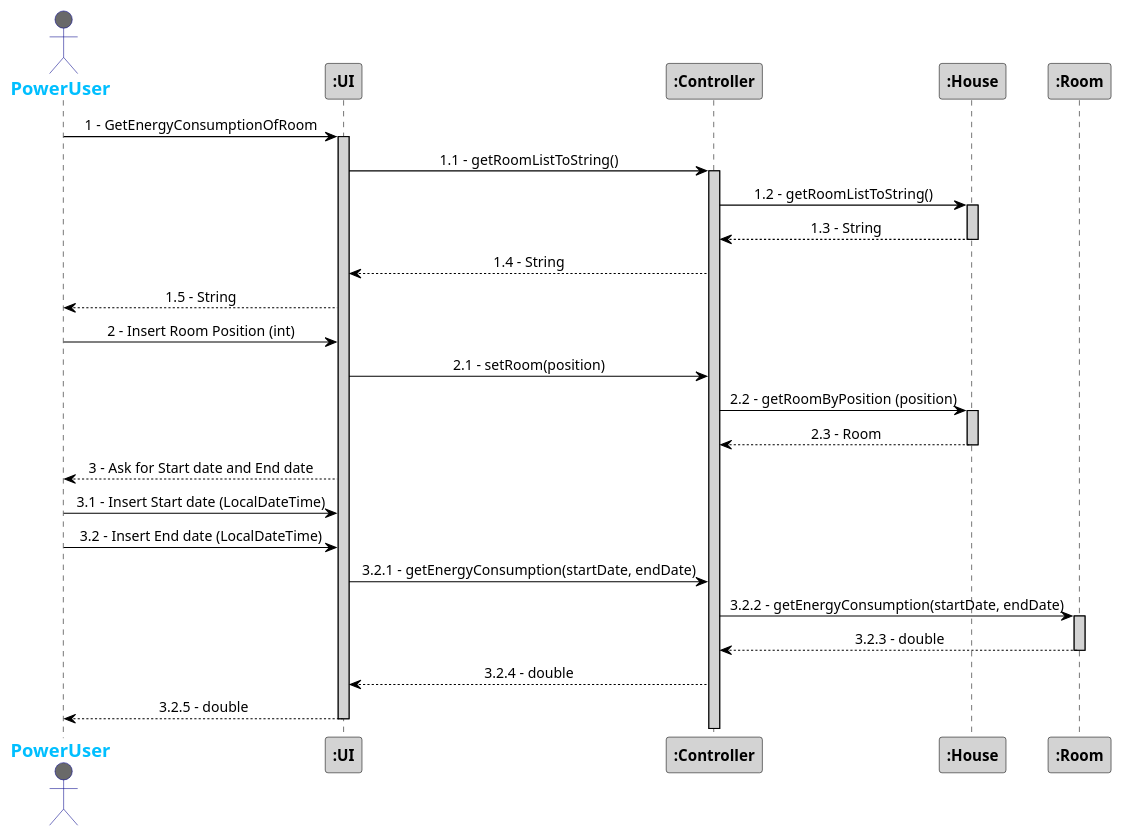
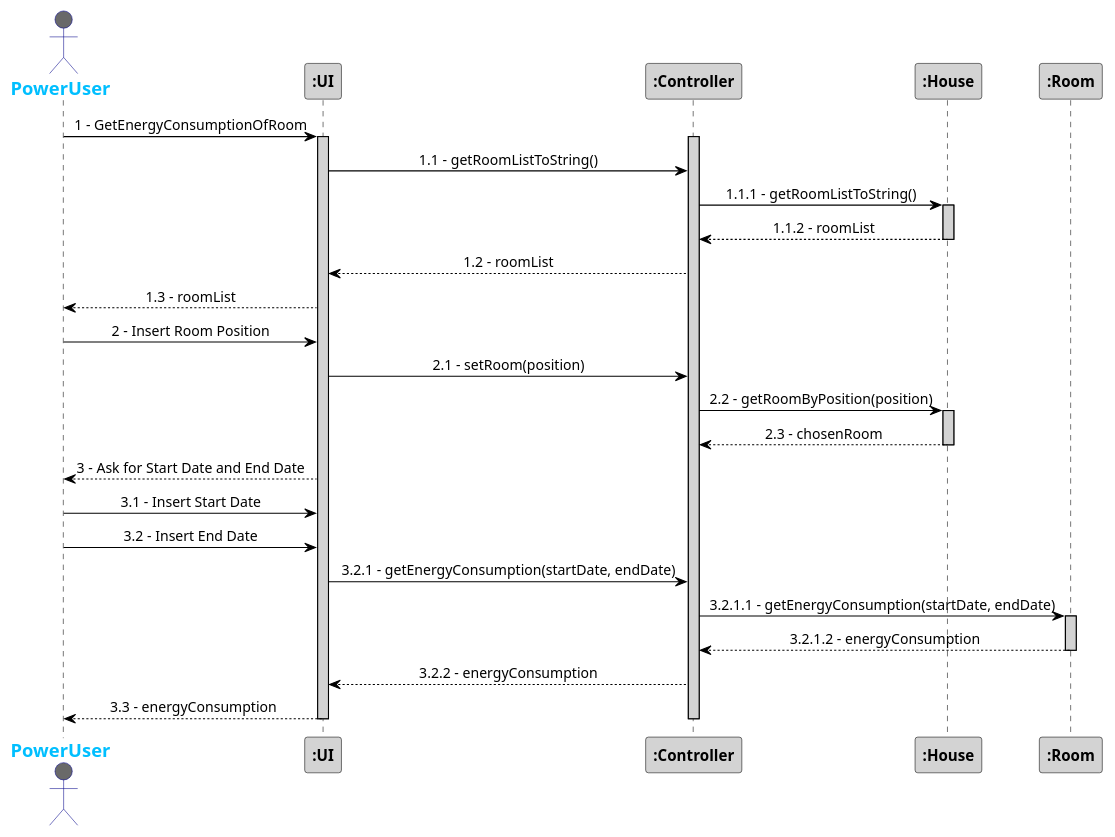
One commit to 1181687/hateoasToy changed the diagram in src/Docs/Sprint3/GetEnergyConsumptionRoomInterval.puml. Above: the diagram before and after it, drawn with PlantUML.

Commit message:
Addresses #85 - Sequence Diagram Update

```diff
--- a/src/Docs/Sprint3/GetEnergyConsumptionRoomInterval.puml
+++ b/src/Docs/Sprint3/GetEnergyConsumptionRoomInterval.puml
@@ -1,51 +1,52 @@
 @startuml
 skinparam sequenceMessageAlign center
 skinparam sequence {
 	ArrowColor Black
 	ActorBorderColor DarkBlue
 	LifeLineBorderColor black
 	LifeLineBackgroundColor LightGrey
 
 	ParticipantBorderColor Black
 	ParticipantBackgroundColor LightGrey
 	ParticipantFontStyle Bold
 
 	ActorBackgroundColor DimGrey
 	ActorFontColor DeepSkyBlue
 	ActorFontStyle Bold
 	ActorFontSize 17
 	ActorFontName Aapex
 }
 
 actor PowerUser
 PowerUser -> ":UI": 1 - GetEnergyConsumptionOfRoom
 activate ":UI"
+activate ":Controller"
 ":UI" -> ":Controller": 1.1 - getRoomListToString()
-activate ":Controller"
-":Controller" -> ":House": 1.2 - getRoomListToString()
+":Controller" -> ":House": 1.1.1 - getRoomListToString()
 activate ":House"
-":Controller" <-- ":House": 1.3 - String
+":Controller" <-- ":House": 1.1.2 - roomList
 deactivate ":House"
-":UI" <-- ":Controller": 1.4 - String
-PowerUser <-- ":UI": 1.5 - String
+":UI" <-- ":Controller": 1.2 - roomList
+PowerUser <-- ":UI": 1.3 - roomList
 
-PowerUser -> ":UI": 2 - Insert Room Position (int)
+PowerUser -> ":UI": 2 - Insert Room Position
 ":UI" -> ":Controller": 2.1 - setRoom(position)
-":Controller" -> ":House": 2.2 - getRoomByPosition (position)
+":Controller" -> ":House": 2.2 - getRoomByPosition(position)
 activate ":House"
-":Controller" <-- ":House": 2.3 - Room
+":Controller" <-- ":House": 2.3 - chosenRoom
 deactivate ":House"
 
-PowerUser <-- ":UI": 3 - Ask for Start date and End date
-PowerUser -> ":UI": 3.1 - Insert Start date (LocalDateTime)
-PowerUser -> ":UI": 3.2 - Insert End date (LocalDateTime)
+PowerUser <-- ":UI": 3 - Ask for Start Date and End Date
+PowerUser -> ":UI": 3.1 - Insert Start Date
+PowerUser -> ":UI": 3.2 - Insert End Date
 ":UI" -> ":Controller": 3.2.1 - getEnergyConsumption(startDate, endDate)
-":Controller" -> ":Room": 3.2.2 - getEnergyConsumption(startDate, endDate)
+":Controller" -> ":Room": 3.2.1.1 - getEnergyConsumption(startDate, endDate)
 activate ":Room"
-":Controller" <-- ":Room": 3.2.3 - double
+":Controller" <-- ":Room": 3.2.1.2 - energyConsumption
 deactivate ":Room"
-":UI" <-- ":Controller": 3.2.4 - double
-PowerUser <-- ":UI": 3.2.5 - double
+":UI" <-- ":Controller": 3.2.2 - energyConsumption
+PowerUser <-- ":UI": 3.3 - energyConsumption
+deactivate ":Controller"
 deactivate ":UI"
 
 @enduml
```
